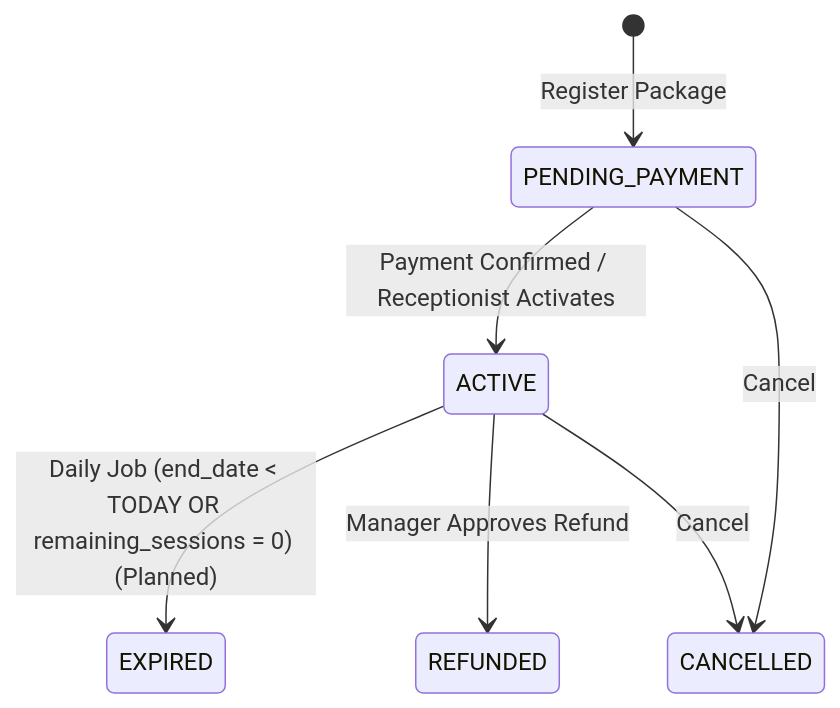
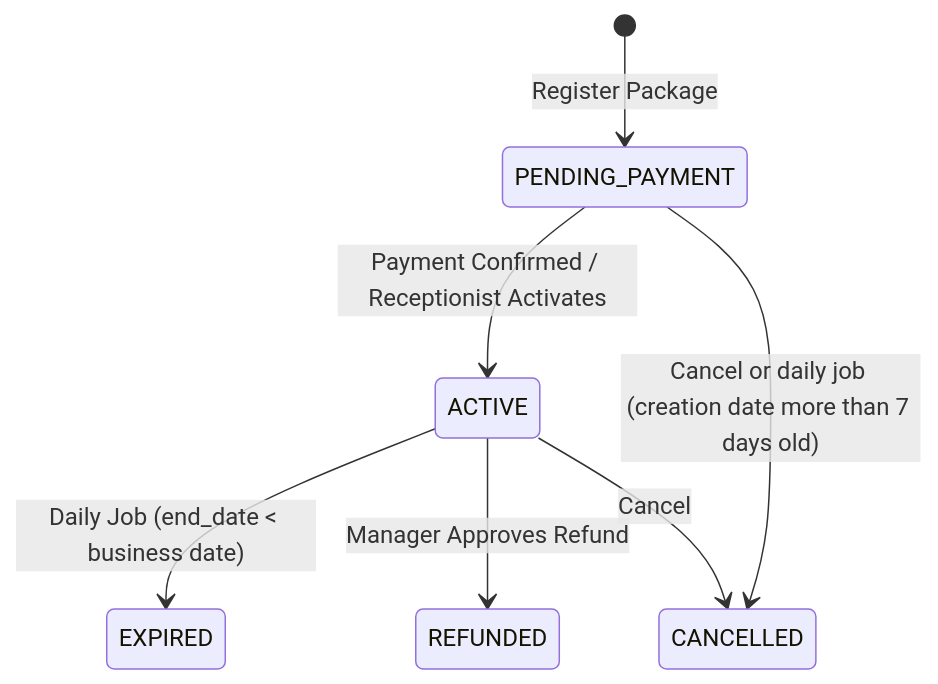
The first of 10 diagrams in docs/database/09-business-rules-and-state-machines.md (senko-do-thingz/G3-SportCentreManagement), drawn with Mermaid before and after one commit. The commit also changed other lines of this file and 32 other files, not shown here.

````diff
--- a/docs/database/09-business-rules-and-state-machines.md
+++ b/docs/database/09-business-rules-and-state-machines.md
@@ -9,9 +9,9 @@
 ```mermaid
 stateDiagram-v2
     [*] --> PENDING_PAYMENT : Register Package
     PENDING_PAYMENT --> ACTIVE : Payment Confirmed / Receptionist Activates
-    PENDING_PAYMENT --> CANCELLED : Cancel
-    ACTIVE --> EXPIRED : Daily Job (end_date < TODAY OR remaining_sessions = 0) (Planned)
+    PENDING_PAYMENT --> CANCELLED : Cancel or daily job (creation date more than 7 days old)
+    ACTIVE --> EXPIRED : Daily Job (end_date < business date)
     ACTIVE --> REFUNDED : Manager Approves Refund
     ACTIVE --> CANCELLED : Cancel
 ```
````
